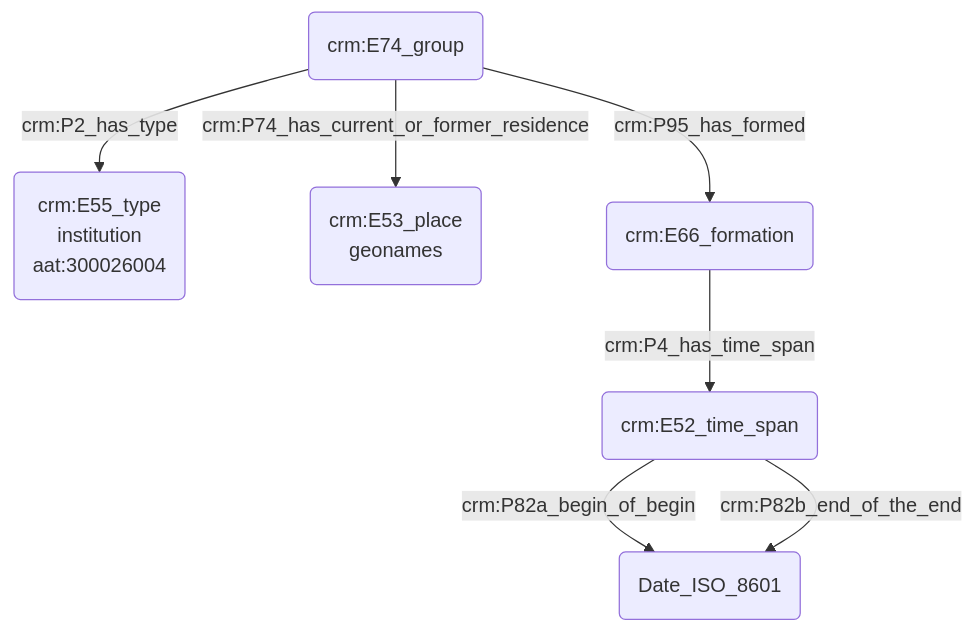
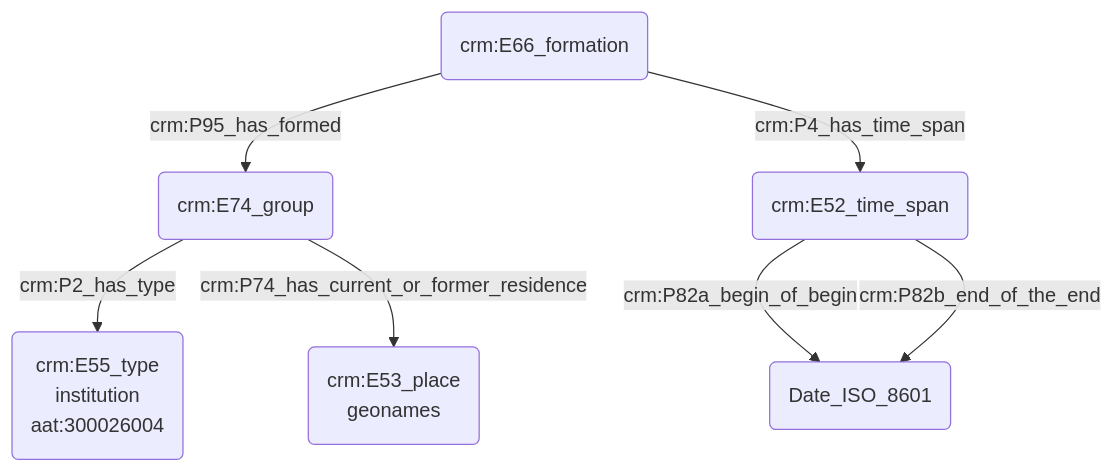
Before and after one commit to Amleth/consortium-musica2-gt2-ontologies: the diagram in modules/livrables/Dossier 2/Prosopographie/modélisation d'une institution.md, drawn with Mermaid.

Commit message:
Update modélisation d'une institution.md

````diff
--- a/modules/livrables/Dossier 2/Prosopographie/modélisation d'une institution.md
+++ b/modules/livrables/Dossier 2/Prosopographie/modélisation d'une institution.md
@@ -17,11 +17,11 @@
 ```mermaid
 graph TD;
 
 A(crm:E74_group) -->|crm:P2_has_type| B(crm:E55_type<br>institution<br>aat:300026004)
 A(crm:E74_group) -->|crm:P74_has_current_or_former_residence| C(crm:E53_place<br>geonames)
-A(crm:E74_group) -->|crm:P95_has_formed| G(crm:E66_formation)
+G(crm:E66_formation)  -->|crm:P95_has_formed| A(crm:E74_group)
 G(crm:E66_formation) -->|crm:P4_has_time_span| E(crm:E52_time_span)
 E(crm:E52_time_span) -->|crm:P82a_begin_of_begin| F(Date_ISO_8601)
 E(crm:E52_time_span) -->|crm:P82b_end_of_the_end| F(Date_ISO_8601)
 
 ```
````
